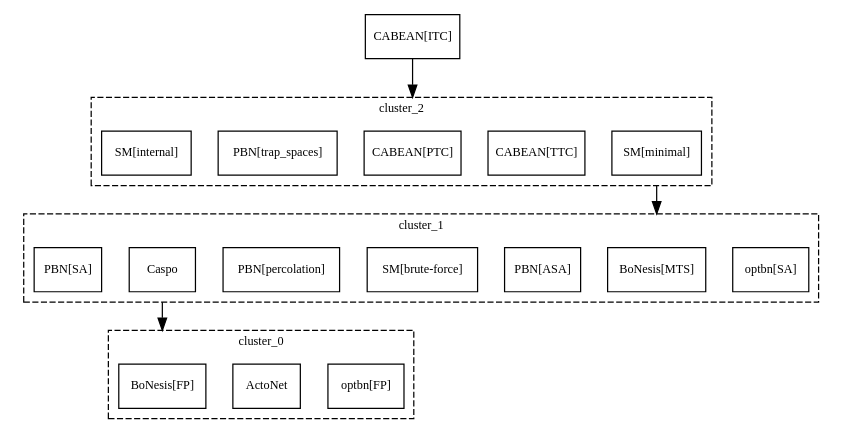
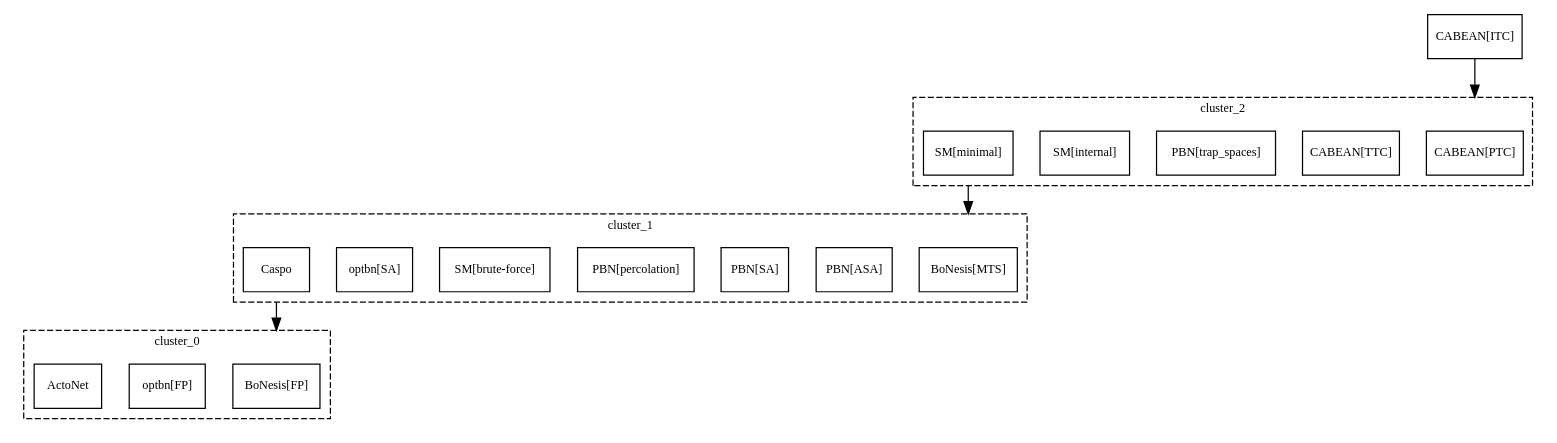
The diagram in experiments/results/practical/Bladder/_graph_tred.dot (kalebmoon07/BN-control-taxonomy), drawn with Graphviz before and after one commit. The commit also changed other lines of this file and 104 other files, not shown here.

```diff
--- a/experiments/results/practical/Bladder/_graph_tred.dot
+++ b/experiments/results/practical/Bladder/_graph_tred.dot
@@ -1,39 +1,39 @@
 strict digraph G {
 graph [fontsize=10, fontname=Verdana, compound=true];
 node [shape=record, fontsize=10, fontname=Verdana];
 graph [nodesep=0.3, ranksep=0.8];
 subgraph cluster_0 {
 label="cluster_0";
 graph [style=dashed, color=black];
+"BoNesis[FP]";
 "optbn[FP]";
 ActoNet;
-"BoNesis[FP]";
 }
 
 subgraph cluster_1 {
 label="cluster_1";
 graph [style=dashed, color=black];
-"optbn[SA]";
 "BoNesis[MTS]";
 "PBN[ASA]";
+"PBN[SA]";
+"PBN[percolation]";
 "SM[brute-force]";
-"PBN[percolation]";
+"optbn[SA]";
 Caspo;
-"PBN[SA]";
 }
 
 subgraph cluster_2 {
 label="cluster_2";
 graph [style=dashed, color=black];
-"SM[minimal]";
+"CABEAN[PTC]";
 "CABEAN[TTC]";
-"CABEAN[PTC]";
 "PBN[trap_spaces]";
 "SM[internal]";
+"SM[minimal]";
 }
 
 "CABEAN[ITC]";
 "CABEAN[ITC]" -> "CABEAN[PTC]" [lhead="cluster_2"];
 "SM[minimal]" -> "BoNesis[MTS]" [ltail="cluster_2", lhead="cluster_1"];
 Caspo -> "BoNesis[FP]" [ltail="cluster_1", lhead="cluster_0"];
 }
```
